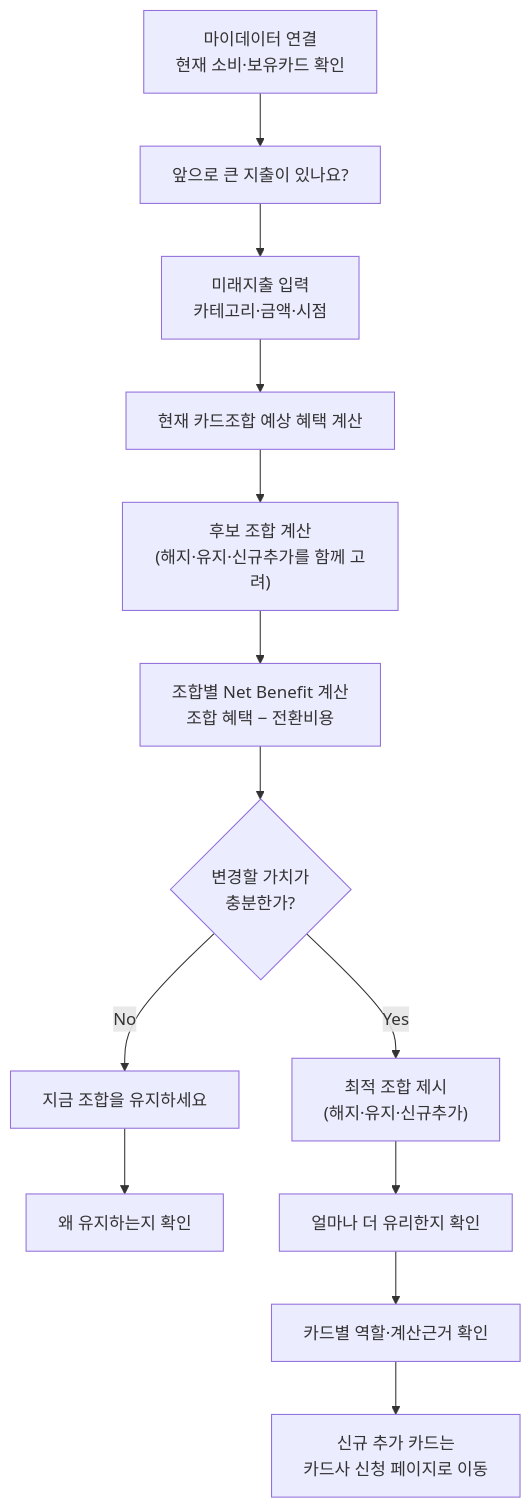
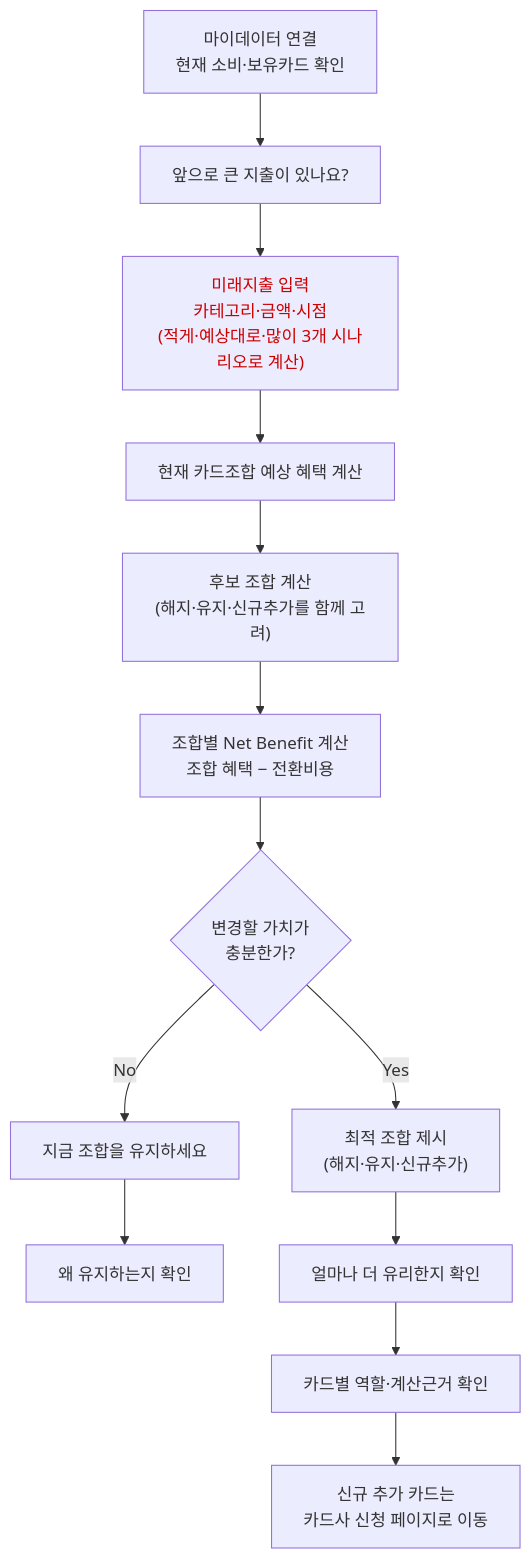
Before and after one commit to jennie-brain/team-project_2nd: the fifth of 5 diagrams in 윤정/확정본/11_Benchmark_Transfer.md, drawn with Mermaid. The commit also changed 2 other files, not shown here.

Commit message:
확정본 11 흐름도-결론 불일치 수정 및 decision/ai-usage log 기록

````diff
--- a/윤정/확정본/11_Benchmark_Transfer.md
+++ b/윤정/확정본/11_Benchmark_Transfer.md
@@ -165,15 +165,16 @@
 ```mermaid
 flowchart TD
     A["마이데이터 연결<br/>현재 소비·보유카드 확인"] --> B["앞으로 큰 지출이 있나요?"]
-    B --> C["미래지출 입력<br/>카테고리·금액·시점"]
+    B --> C["미래지출 입력<br/>카테고리·금액·시점<br/>(적게·예상대로·많이 3개 시나리오로 계산)"]
     C --> D["현재 카드조합 예상 혜택 계산"]
     D --> E["후보 조합 계산<br/>(해지·유지·신규추가를 함께 고려)"]
     E --> F["조합별 Net Benefit 계산<br/>조합 혜택 − 전환비용"]
     F --> G{"변경할 가치가<br/>충분한가?"}
     G -- No --> H["지금 조합을 유지하세요"]
     G -- Yes --> I["최적 조합 제시<br/>(해지·유지·신규추가)"]
     H --> J["왜 유지하는지 확인"]
     I --> K["얼마나 더 유리한지 확인"]
     K --> L["카드별 역할·계산근거 확인"]
     L --> M["신규 추가 카드는<br/>카드사 신청 페이지로 이동"]
+    style C color:#c00
 ```
````
